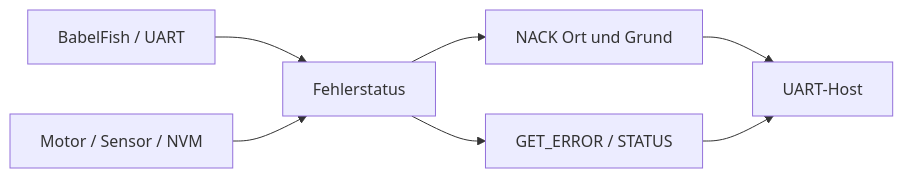
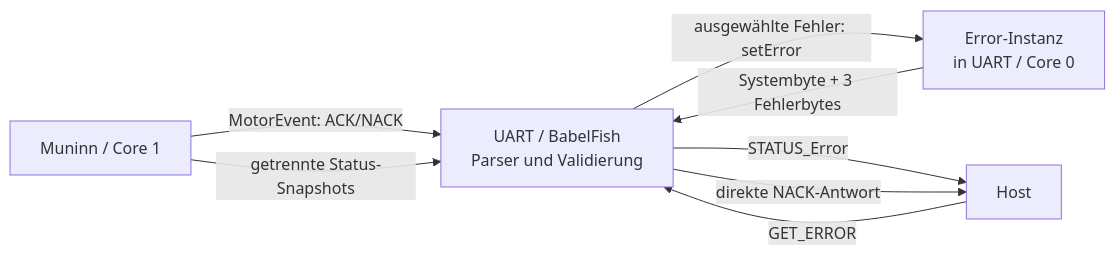
Before and after one commit to ErikaB-sys/Fiddle_yard_UVB: the first of 2 diagrams in FY_ESP32/docs/Error/README.md, drawn with Mermaid. The commit also changed other lines of this file, not shown here.

Commit message:
Docs: document actual Error storage, GET_ERROR scope, NACK separation and data flow

````diff
--- a/FY_ESP32/docs/Error/README.md
+++ b/FY_ESP32/docs/Error/README.md
@@ -24,9 +61,10 @@
 ```mermaid
 flowchart LR
-  B["BabelFish / UART"] --> E["Fehlerstatus"]
-  M["Motor / Sensor / NVM"] --> E
-  E --> N["NACK Ort und Grund"]
-  E --> S["GET_ERROR / STATUS"]
-  N --> H["UART-Host"]
-  S --> H
+    U["UART / BabelFish\nParser und Validierung"] -->|"ausgewählte Fehler: setError"| E["Error-Instanz\nin UART / Core 0"]
+    H["Host"] -->|"GET_ERROR"| U
+    E -->|"Systembyte + 3 Fehlerbytes"| U
+    U -->|"STATUS_Error"| H
+    U -->|"direkte NACK-Antwort"| H
+    M["Muninn / Core 1"] -->|"MotorEvent: ACK/NACK"| U
+    M -->|"getrennte Status-Snapshots"| U
 ```
````
